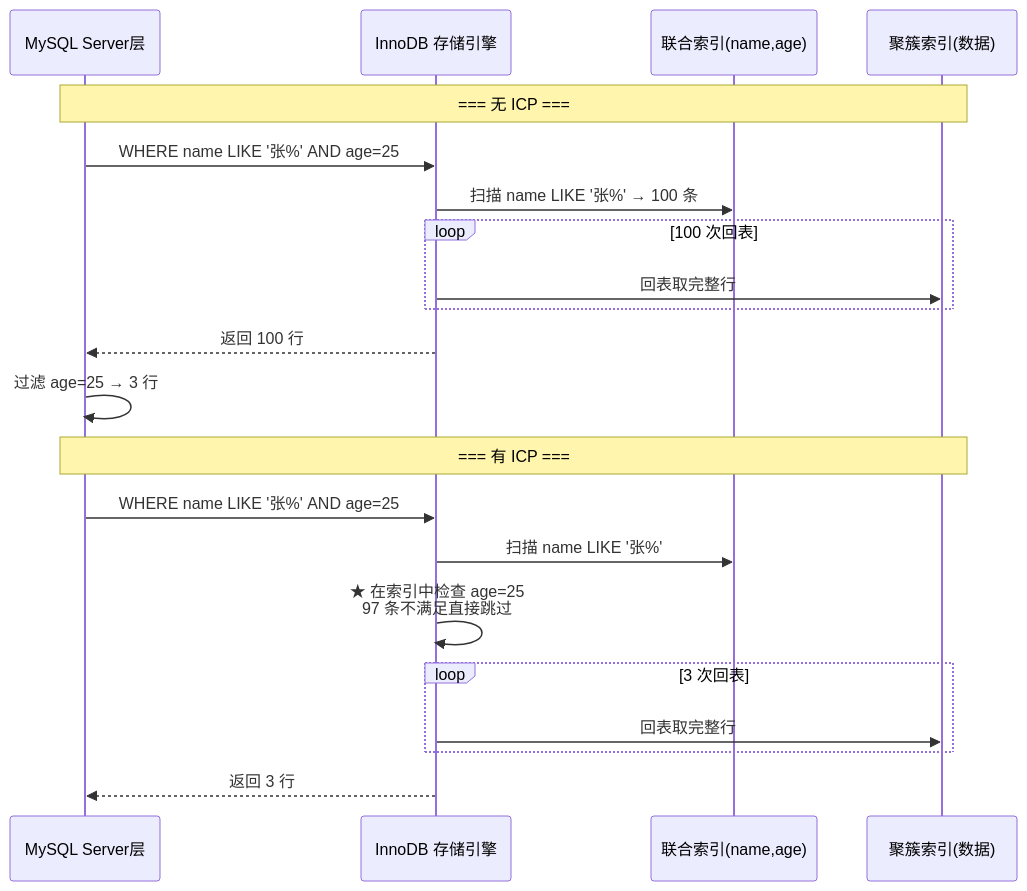
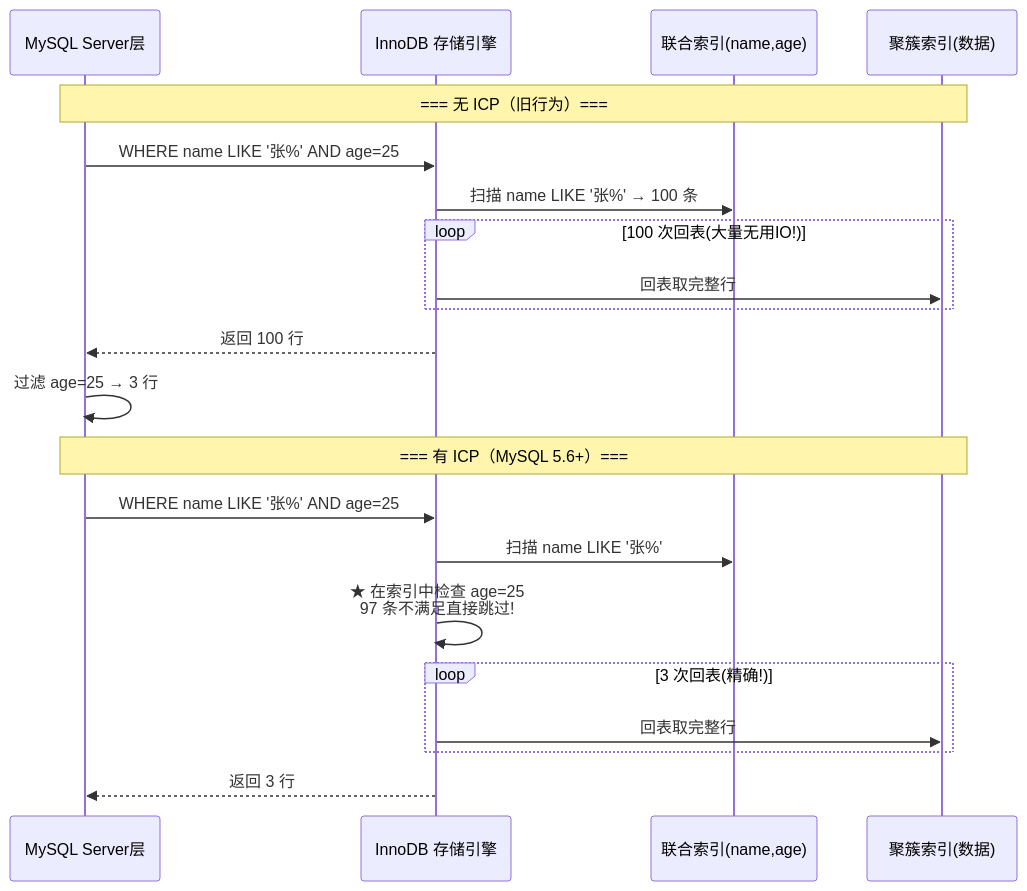
Diagram 27 of 34 in document/strengthen/性能调优面试总结_增强版.md (qigao0787-ops/gq-test), drawn with Mermaid before and after one commit. The commit also changed other lines of this file, not shown here.

````diff
--- a/document/strengthen/性能调优面试总结_增强版.md
+++ b/document/strengthen/性能调优面试总结_增强版.md
@@ -1829,25 +2045,25 @@
 ```mermaid
 sequenceDiagram
     participant Server as MySQL Server层
     participant Engine as InnoDB 存储引擎
     participant Index as 联合索引(name,age)
     participant Data as 聚簇索引(数据)
 
-    Note over Server,Data: === 无 ICP ===
+    Note over Server,Data: === 无 ICP（旧行为）===
     Server->>Engine: WHERE name LIKE '张%' AND age=25
     Engine->>Index: 扫描 name LIKE '张%' → 100 条
-    loop 100 次回表
+    loop 100 次回表(大量无用IO!)
         Engine->>Data: 回表取完整行
     end
     Engine-->>Server: 返回 100 行
     Server->>Server: 过滤 age=25 → 3 行
 
-    Note over Server,Data: === 有 ICP ===
+    Note over Server,Data: === 有 ICP（MySQL 5.6+）===
     Server->>Engine: WHERE name LIKE '张%' AND age=25
     Engine->>Index: 扫描 name LIKE '张%'
-    Engine->>Engine: ★ 在索引中检查 age=25<br/>97 条不满足直接跳过
-    loop 3 次回表
+    Engine->>Engine: ★ 在索引中检查 age=25<br/>97 条不满足直接跳过!
+    loop 3 次回表(精确!)
         Engine->>Data: 回表取完整行
     end
     Engine-->>Server: 返回 3 行
 ```
````
